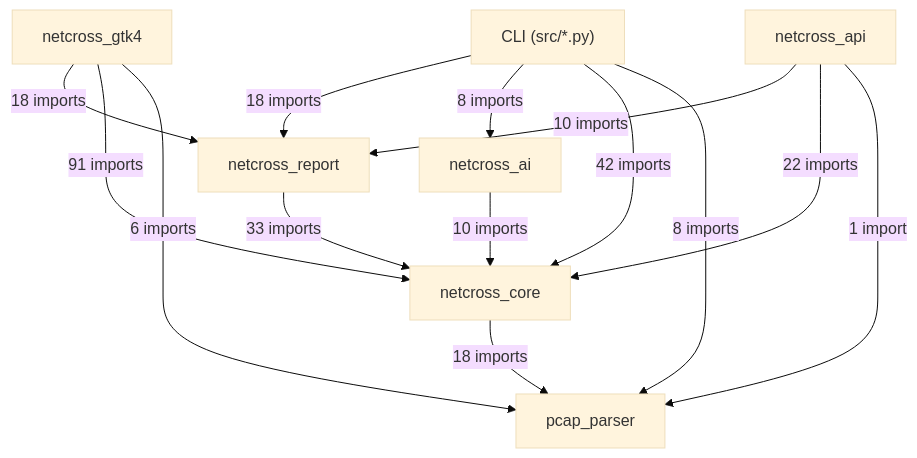
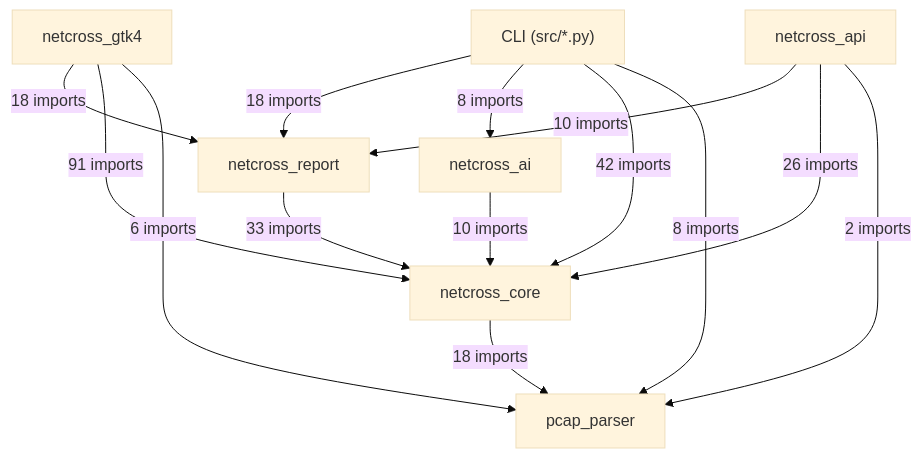
Before and after one commit to Mathide-Team/Netcross: the first of 19 diagrams in docs/class-diagram.md, drawn with Mermaid (base theme). The commit also changed other lines of this file and 7 other files, not shown here.

First line of the commit message:
feat(#672): API -- parallel_workers, base CVE NETCROSS_CVE_DB, troncature annoncee (#878)

````diff
--- a/docs/class-diagram.md
+++ b/docs/class-diagram.md
@@ -26,23 +26,23 @@
 ```mermaid
 flowchart TD
     CLI["CLI (src/*.py)"]
     netcross_gtk4["netcross_gtk4"]
     netcross_api["netcross_api"]
     netcross_report["netcross_report"]
     netcross_ai["netcross_ai"]
     netcross_core["netcross_core"]
     pcap_parser["pcap_parser"]
     CLI -->|"18 imports"| netcross_report
     CLI -->|"8 imports"| netcross_ai
     CLI -->|"42 imports"| netcross_core
     CLI -->|"8 imports"| pcap_parser
     netcross_gtk4 -->|"18 imports"| netcross_report
     netcross_gtk4 -->|"91 imports"| netcross_core
     netcross_gtk4 -->|"6 imports"| pcap_parser
     netcross_api -->|"10 imports"| netcross_report
-    netcross_api -->|"22 imports"| netcross_core
-    netcross_api -->|"1 import"| pcap_parser
+    netcross_api -->|"26 imports"| netcross_core
+    netcross_api -->|"2 imports"| pcap_parser
     netcross_report -->|"33 imports"| netcross_core
     netcross_ai -->|"10 imports"| netcross_core
     netcross_core -->|"18 imports"| pcap_parser
 ```
````
